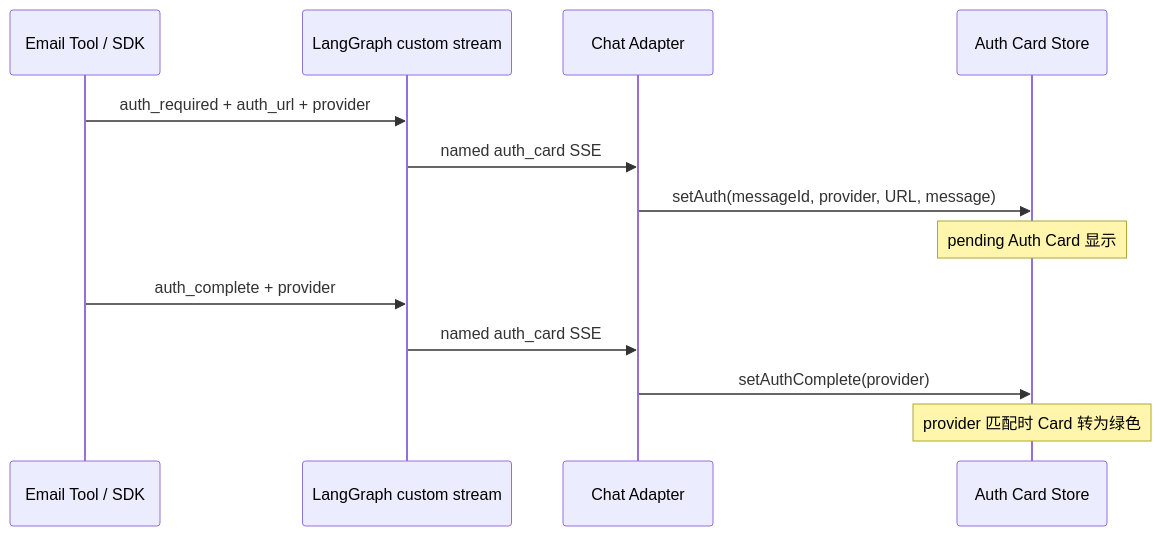
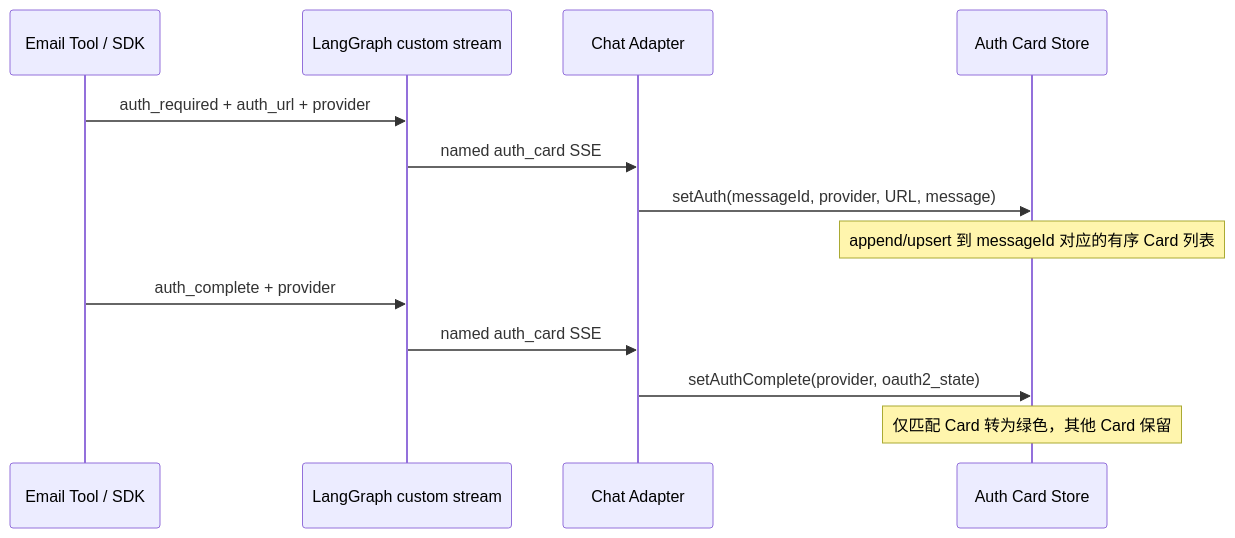
Before and after one commit to T-1009/personal-assistant: the sixth of 16 diagrams in personal-assistant-meta/architecture/frontend_architecture.md, drawn with Mermaid. The commit also changed other lines of this file and 30 other files, not shown here.

Commit message:
feat(report): Optimize authorization sequence and report generation progress experience for Feature-18

````diff
--- a/personal-assistant-meta/architecture/frontend_architecture.md
+++ b/personal-assistant-meta/architecture/frontend_architecture.md
@@ -297,17 +304,17 @@
 ```mermaid
 sequenceDiagram
     participant Tool as Email Tool / SDK
     participant Stream as LangGraph custom stream
     participant Adapter as Chat Adapter
     participant Store as Auth Card Store
 
     Tool->>Stream: auth_required + auth_url + provider
     Stream->>Adapter: named auth_card SSE
     Adapter->>Store: setAuth(messageId, provider, URL, message)
-    Note over Store: pending Auth Card 显示
+    Note over Store: append/upsert 到 messageId 对应的有序 Card 列表
 
     Tool->>Stream: auth_complete + provider
     Stream->>Adapter: named auth_card SSE
-    Adapter->>Store: setAuthComplete(provider)
-    Note over Store: provider 匹配时 Card 转为绿色
+    Adapter->>Store: setAuthComplete(provider, oauth2_state)
+    Note over Store: 仅匹配 Card 转为绿色，其他 Card 保留
 ```
````
